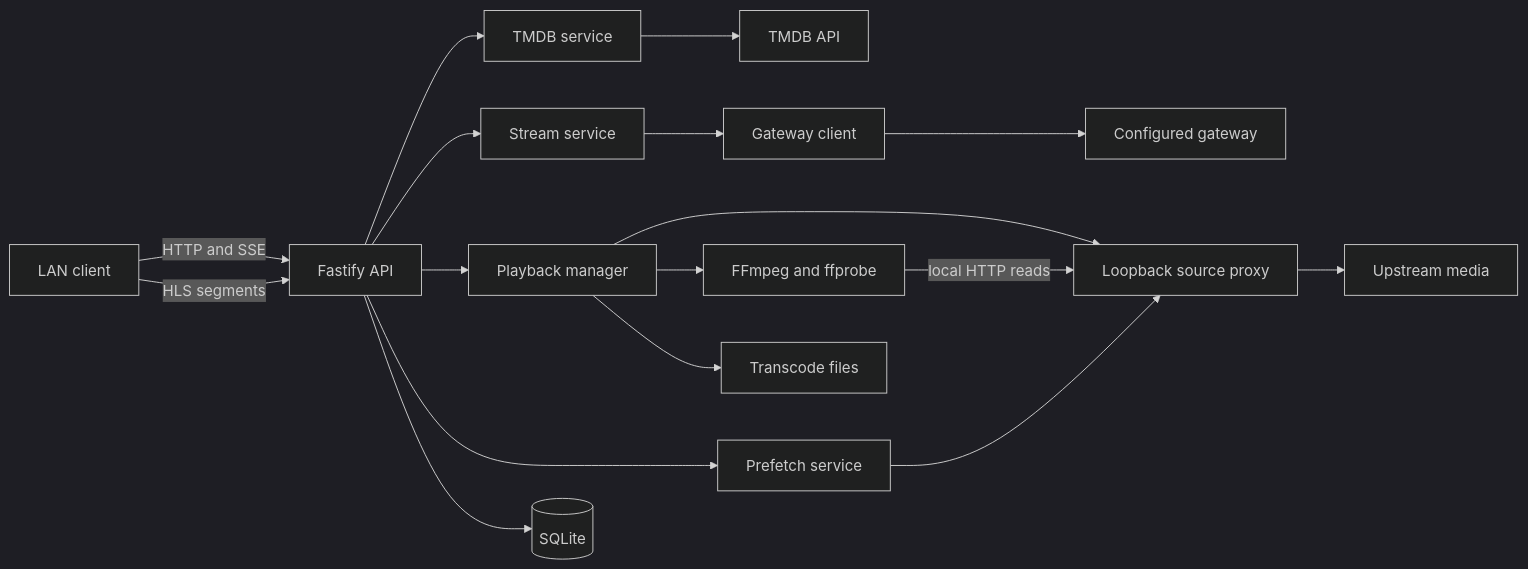
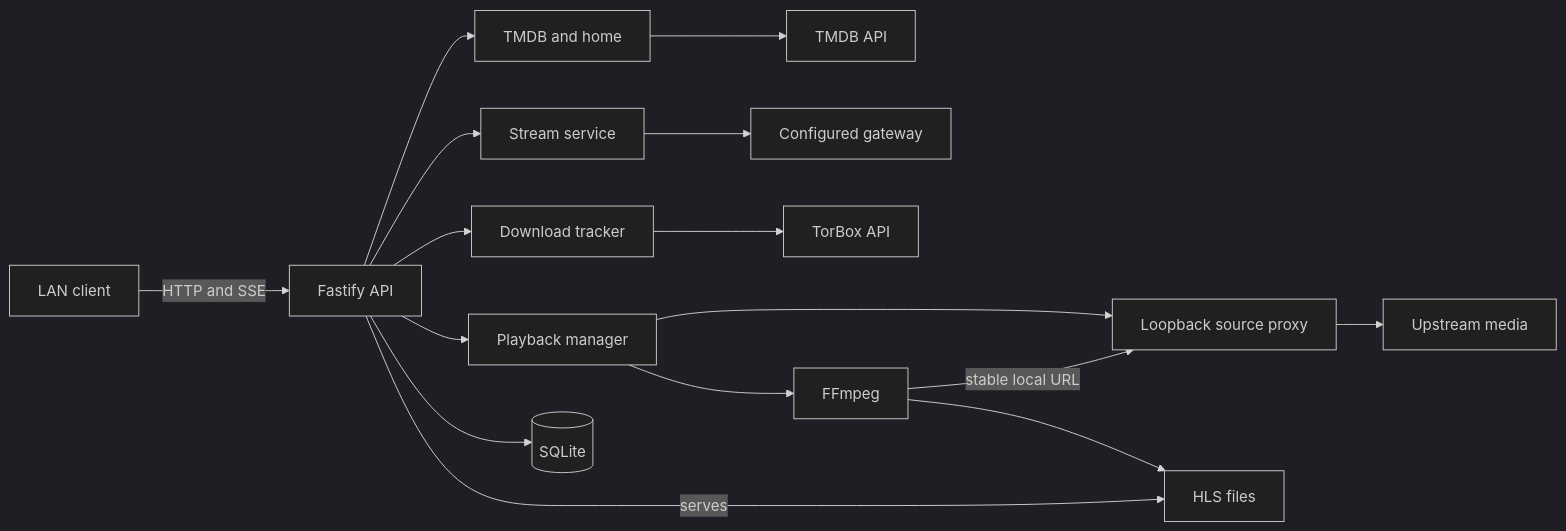
One commit to VeroxAUS/homestream changed the first of 2 diagrams in droid-wiki/overview/architecture.md. Above: the diagram before and after it, drawn with Mermaid (dark theme). The commit also changed other lines of this file and 48 other files, not shown here.

````diff
--- a/droid-wiki/overview/architecture.md
+++ b/droid-wiki/overview/architecture.md
@@ -5,19 +5,18 @@
 ```mermaid
 graph LR
     Client[LAN client] -->|HTTP and SSE| API[Fastify API]
-    API --> Catalog[TMDB service]
+    API --> Catalog[TMDB and home]
     Catalog --> TMDB[TMDB API]
     API --> Streams[Stream service]
-    Streams --> Gateway[Gateway client]
-    Gateway --> Remote[Configured gateway]
+    Streams --> Gateway[Configured gateway]
     API --> Playback[Playback manager]
-    API --> Prefetch[Prefetch service]
+    API --> Downloads[Download tracker]
+    Downloads --> TorBox[TorBox API]
     Playback --> Proxy[Loopback source proxy]
-    Prefetch --> Proxy
     Proxy --> CDN[Upstream media]
-    Playback --> Encoder[FFmpeg and ffprobe]
-    Encoder -->|local HTTP reads| Proxy
+    Playback --> Encoder[FFmpeg]
+    Encoder -->|stable local URL| Proxy
+    Encoder --> Files[HLS files]
+    API -->|serves| Files
     API --> DB[(SQLite)]
-    Playback --> HLS[Transcode files]
-    Client -->|HLS segments| API
 ```
````
